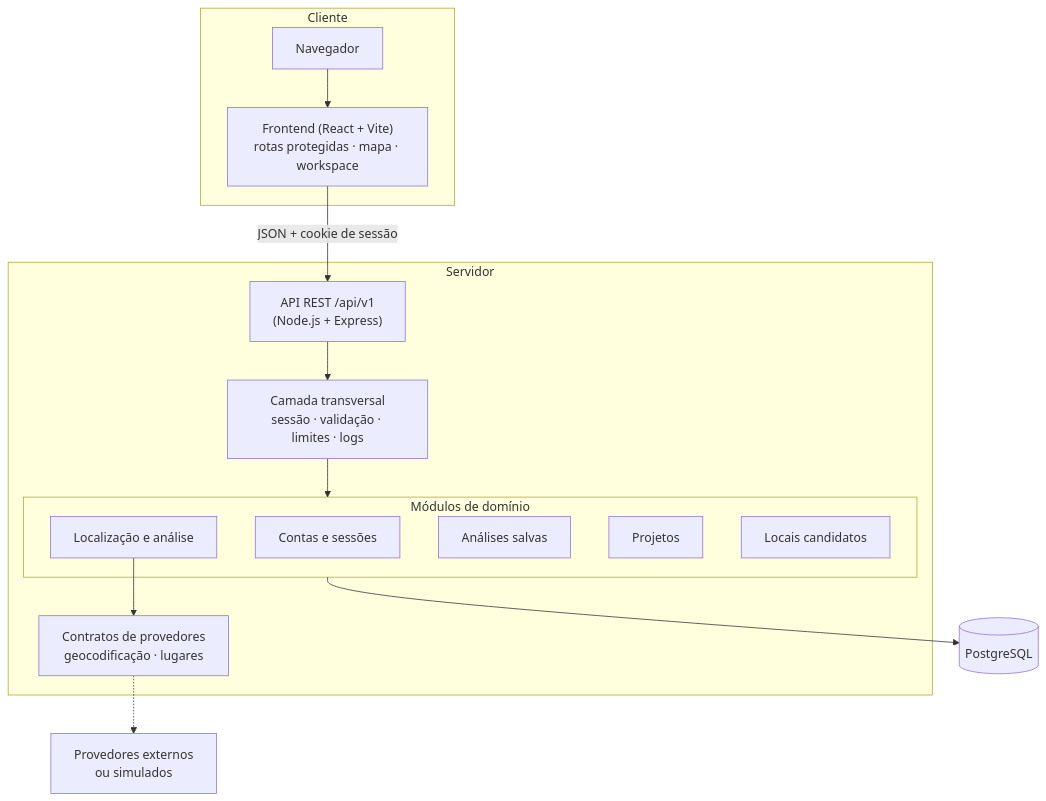
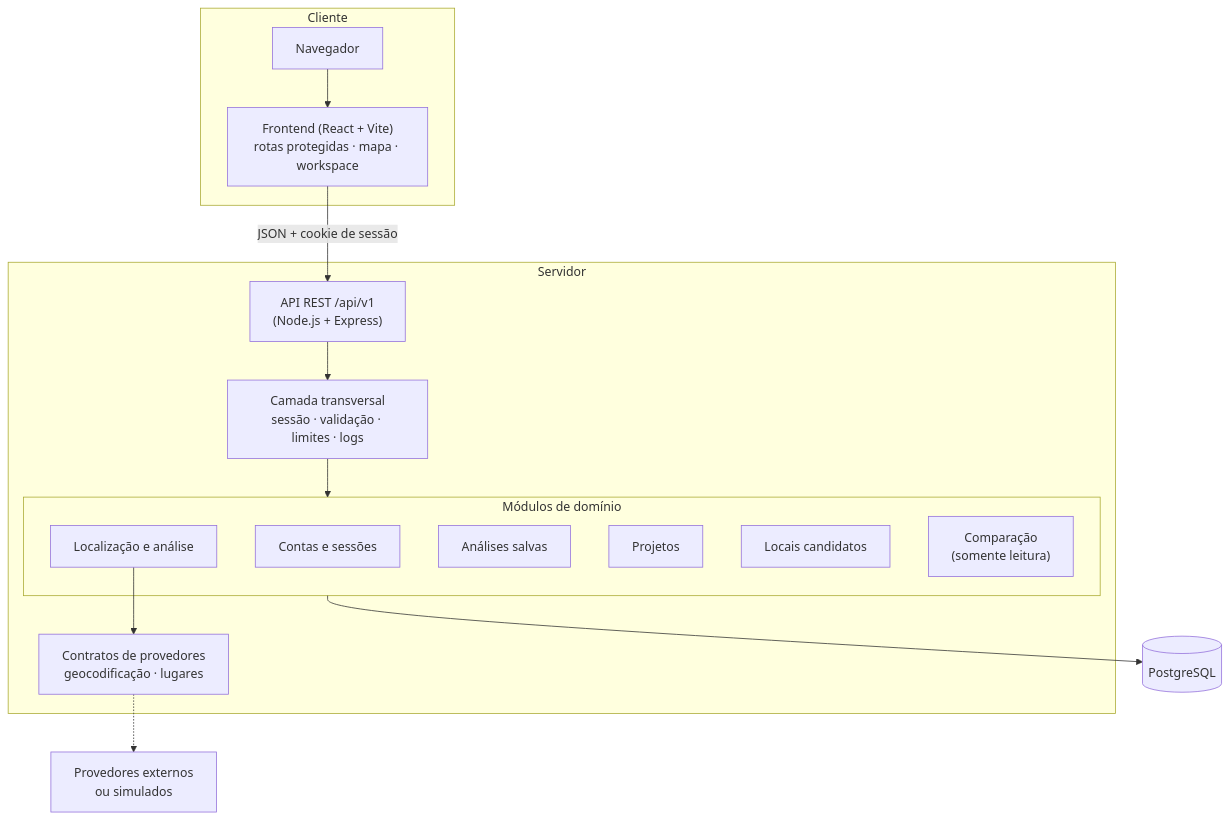
Before and after one commit to kelvinsg218/business-location-intelligence-showcase: the first of 3 diagrams in docs/ARCHITECTURE.md, drawn with Mermaid. The commit also changed other lines of this file and 6 other files, not shown here.

````diff
--- a/docs/ARCHITECTURE.md
+++ b/docs/ARCHITECTURE.md
@@ -7,27 +7,28 @@
 ```mermaid
 flowchart TB
     subgraph Cliente
         B["Navegador"]
         F["Frontend (React + Vite)<br/>rotas protegidas · mapa · workspace"]
     end
     subgraph Servidor
         API["API REST /api/v1<br/>(Node.js + Express)"]
         MW["Camada transversal<br/>sessão · validação · limites · logs"]
         subgraph Modulos["Módulos de domínio"]
             AUTH["Contas e sessões"]
             LOC["Localização e análise"]
             AN["Análises salvas"]
             PJ["Projetos"]
             CL["Locais candidatos"]
+            CMP["Comparação<br/>(somente leitura)"]
         end
         PR["Contratos de provedores<br/>geocodificação · lugares"]
     end
     DB[("PostgreSQL")]
     EXT["Provedores externos<br/>ou simulados"]
 
     B --> F
     F -->|"JSON + cookie de sessão"| API
     API --> MW --> Modulos
     Modulos --> DB
     LOC --> PR -.-> EXT
 ```
````
